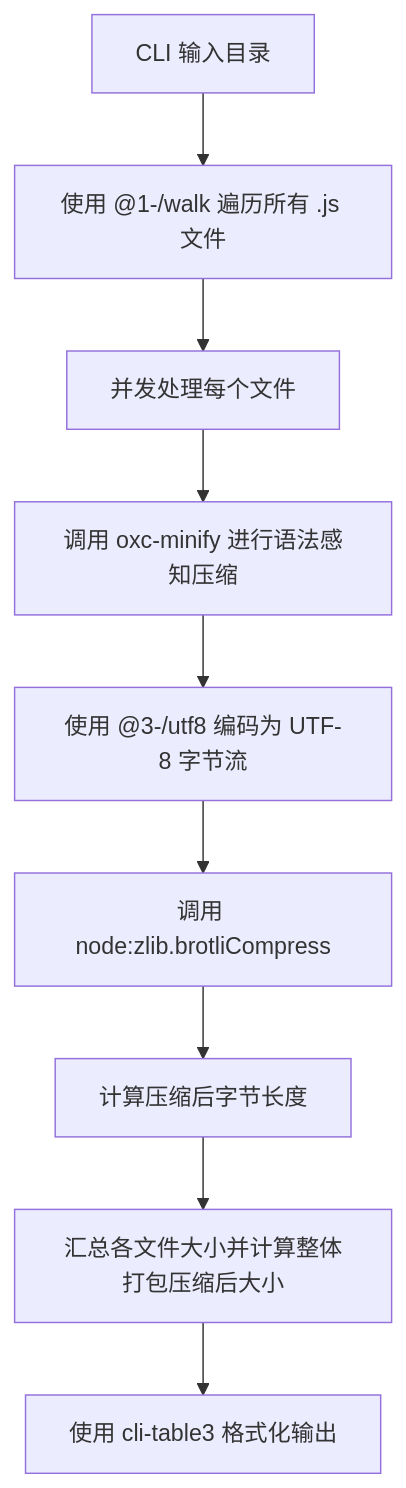
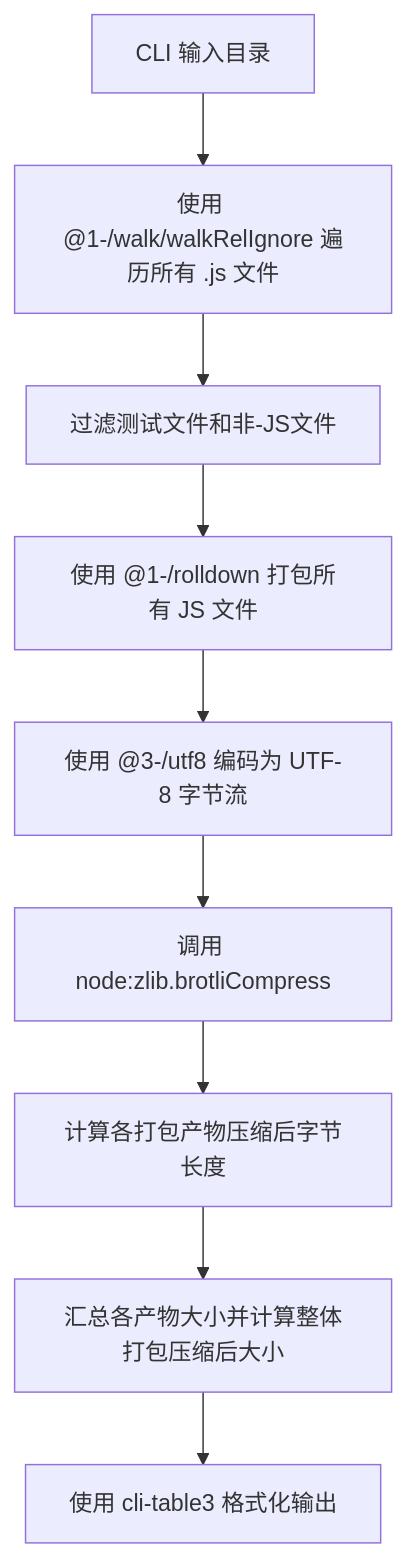
One commit to webc-site/npm changed the second of 2 diagrams in minify_size/README.md. Above: the diagram before and after it, drawn with Mermaid. The commit also changed other lines of this file and 2 other files, not shown here.

````diff
--- a/minify_size/README.md
+++ b/minify_size/README.md
@@ -158,11 +156,11 @@
 ```mermaid
 graph TD
-    A[CLI 输入目录] --> B[使用 @1-/walk 遍历所有 .js 文件]
-    B --> C[并发处理每个文件]
-    C --> D[调用 oxc-minify 进行语法感知压缩]
+    A[CLI 输入目录] --> B[使用 @1-/walk/walkRelIgnore 遍历所有 .js 文件]
+    B --> C[过滤测试文件和非-JS文件]
+    C --> D[使用 @1-/rolldown 打包所有 JS 文件]
     D --> E[使用 @3-/utf8 编码为 UTF-8 字节流]
     E --> F[调用 node:zlib.brotliCompress]
-    F --> G[计算压缩后字节长度]
-    G --> H[汇总各文件大小并计算整体打包压缩后大小]
+    F --> G[计算各打包产物压缩后字节长度]
+    G --> H[汇总各产物大小并计算整体打包压缩后大小]
     H --> I[使用 cli-table3 格式化输出]
 ```
````
